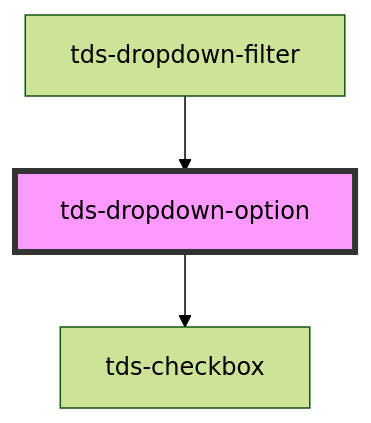
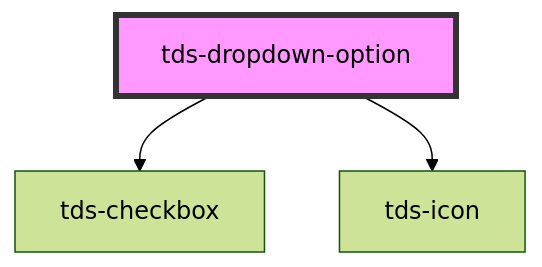
Before and after one commit to scania-digital-design-system/tegel: the diagram in core/src/components/dropdown/dropdown-option/readme.md, drawn with Mermaid (forest theme). The commit also changed other lines of this file and 25 other files, not shown here.

````diff
--- a/core/src/components/dropdown/dropdown-option/readme.md
+++ b/core/src/components/dropdown/dropdown-option/readme.md
@@ -28,6 +46,6 @@
 ```mermaid
 graph TD;
   tds-dropdown-option --> tds-checkbox
-  tds-dropdown-filter --> tds-dropdown-option
+  tds-dropdown-option --> tds-icon
   style tds-dropdown-option fill:#f9f,stroke:#333,stroke-width:4px
 ```
````
